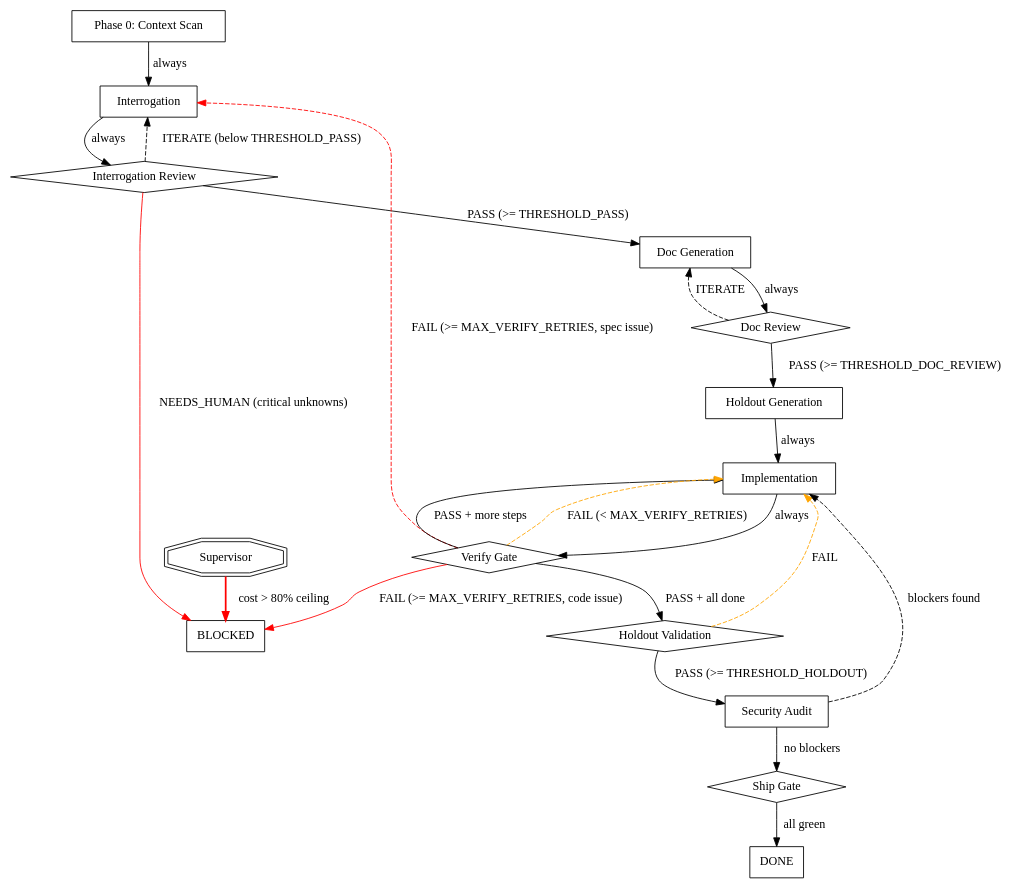
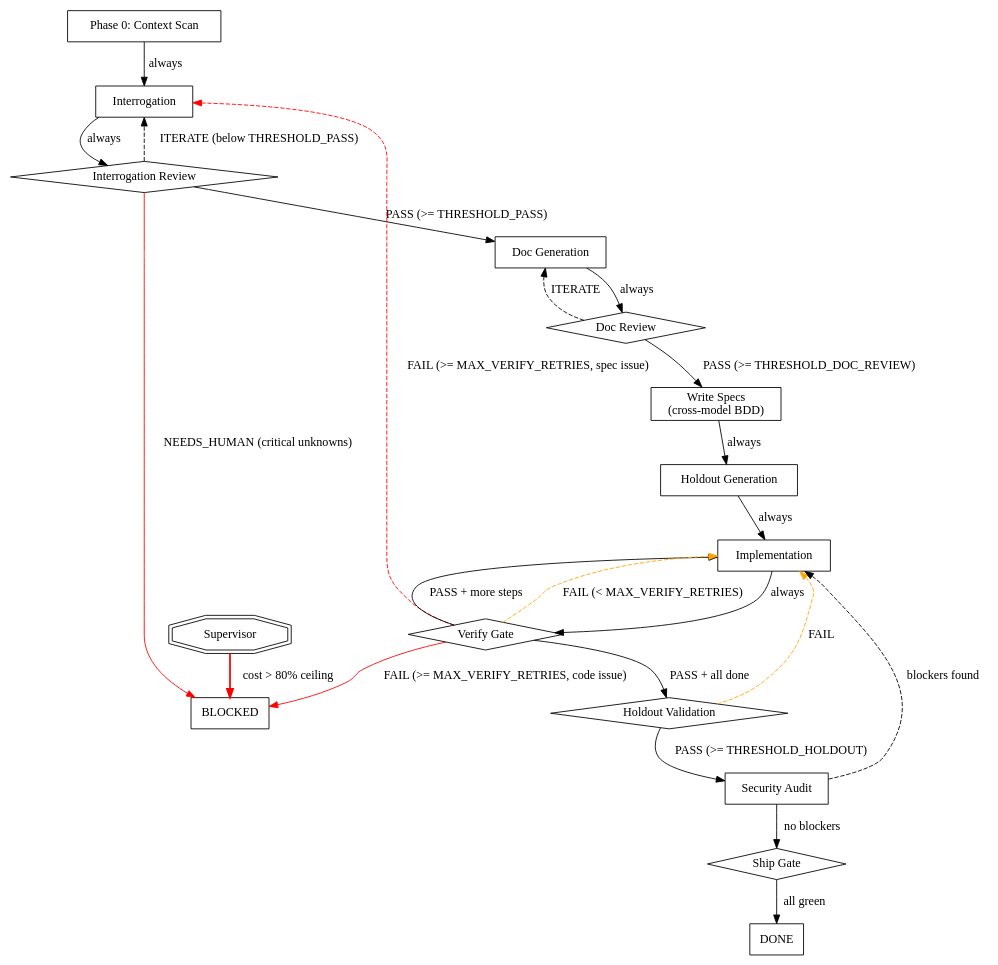
Before and after one commit to belchman/Anvil: the diagram in pipeline.graph.dot, drawn with Graphviz. The commit also changed 33 other files, not shown here.

```diff
--- a/pipeline.graph.dot
+++ b/pipeline.graph.dot
@@ -1,52 +1,54 @@
 digraph pipeline {
   // Node types: box=phase, diamond=gate, doubleoctagon=supervisor
   node [shape=box]
 
   // --- Phases ---
   phase0 [label="Phase 0: Context Scan"]
   interrogate [label="Interrogation"]
   interrogation_review [label="Interrogation Review" shape=diamond]
   generate_docs [label="Doc Generation"]
   doc_review [label="Doc Review" shape=diamond]
+  write_specs [label="Write Specs\n(cross-model BDD)"]
   holdout_generate [label="Holdout Generation"]
   implement [label="Implementation"]
   verify [label="Verify Gate" shape=diamond]
   holdout_validate [label="Holdout Validation" shape=diamond]
   security_audit [label="Security Audit"]
   ship [label="Ship Gate" shape=diamond]
   supervisor [label="Supervisor" shape=doubleoctagon]
 
   // --- Edges with conditions ---
   phase0 -> interrogate [label="always"]
   interrogate -> interrogation_review [label="always"]
 
   // Interrogation review routing
   interrogation_review -> generate_docs [label="PASS (>= THRESHOLD_PASS)"]
   interrogation_review -> interrogate [label="ITERATE (below THRESHOLD_PASS)" style=dashed]
   interrogation_review -> BLOCKED [label="NEEDS_HUMAN (critical unknowns)" color=red]
 
   // Doc generation routing
   generate_docs -> doc_review [label="always"]
-  doc_review -> holdout_generate [label="PASS (>= THRESHOLD_DOC_REVIEW)"]
+  doc_review -> write_specs [label="PASS (>= THRESHOLD_DOC_REVIEW)"]
+  write_specs -> holdout_generate [label="always"]
   doc_review -> generate_docs [label="ITERATE" style=dashed]
 
   holdout_generate -> implement [label="always"]
 
   // Implementation loop
   implement -> verify [label="always"]
   verify -> implement [label="PASS + more steps"]
   verify -> holdout_validate [label="PASS + all done"]
   verify -> implement [label="FAIL (< MAX_VERIFY_RETRIES)" style=dashed color=orange]
   verify -> interrogate [label="FAIL (>= MAX_VERIFY_RETRIES, spec issue)" style=dashed color=red]
   verify -> BLOCKED [label="FAIL (>= MAX_VERIFY_RETRIES, code issue)" color=red]
 
   // Ship path
   holdout_validate -> security_audit [label="PASS (>= THRESHOLD_HOLDOUT)"]
   holdout_validate -> implement [label="FAIL" style=dashed color=orange]
   security_audit -> ship [label="no blockers"]
   security_audit -> implement [label="blockers found" style=dashed]
   ship -> DONE [label="all green"]
 
   // Supervisor can intercept any edge
   supervisor -> BLOCKED [label="cost > 80% ceiling" color=red style=bold]
 }
```
